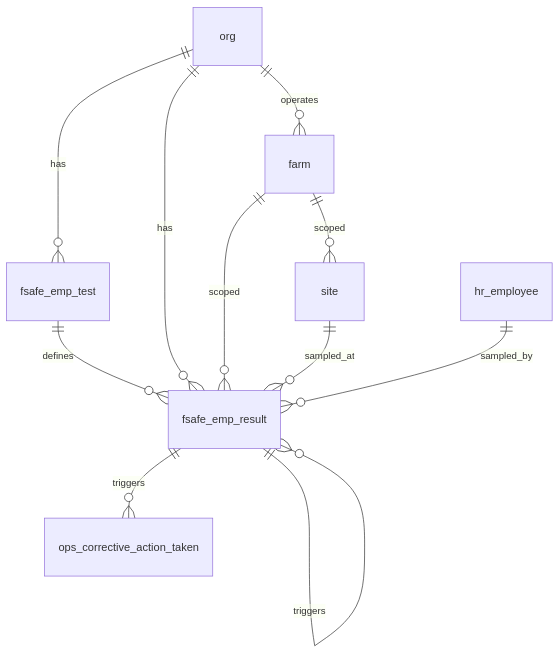
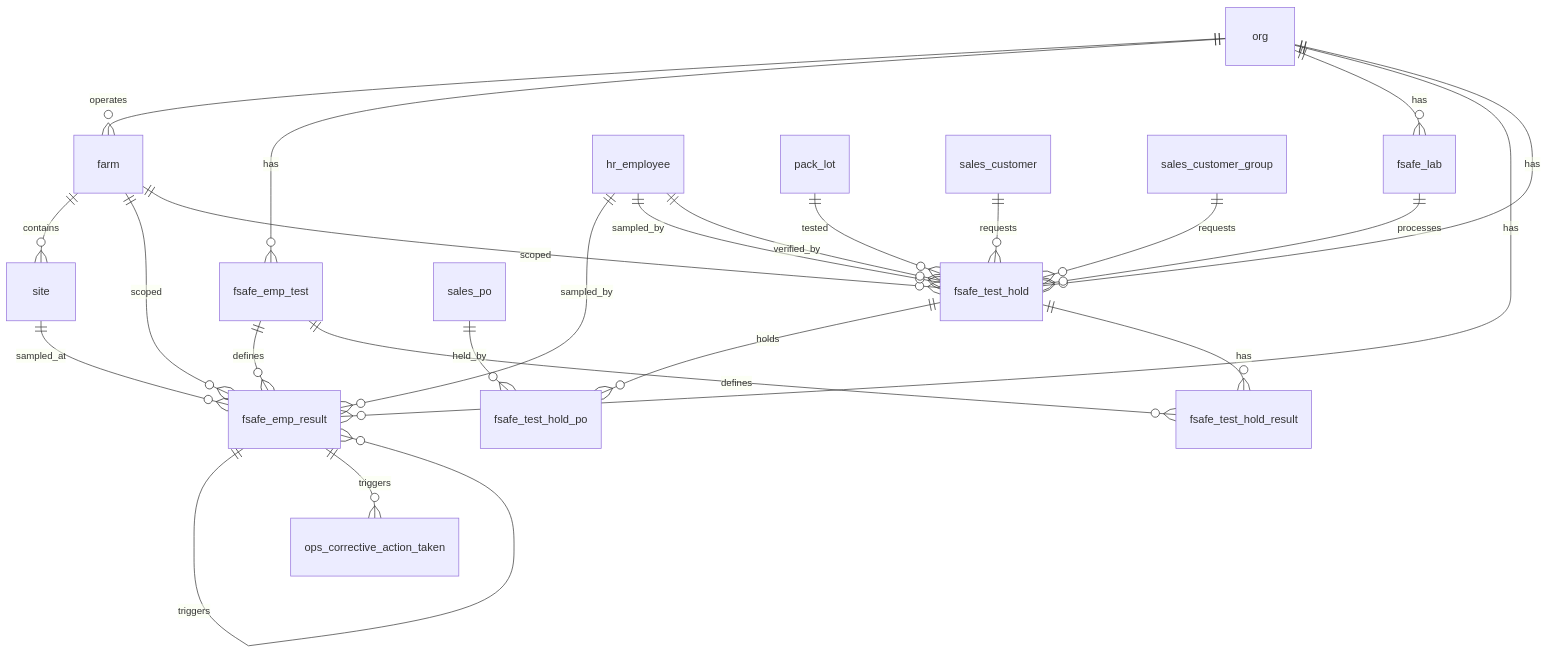
The diagram in docs/schemas/20260319_08_fsafe.md (Hawaii-Farming/aloha-app), drawn with Mermaid before and after one commit. The commit also changed other lines of this file and 9 other files, not shown here.

First line of the commit message:
Add test-and-hold tables to Food Safety, remove redundant fsafe_test_type, fix FOB expansion

````diff
--- a/docs/schemas/20260319_08_fsafe.md
+++ b/docs/schemas/20260319_08_fsafe.md
@@ -9,13 +9,26 @@
 ```mermaid
 erDiagram
     org ||--o{ farm : operates
+    farm ||--o{ site : contains
     org ||--o{ fsafe_emp_test : has
+    org ||--o{ fsafe_lab : has
     fsafe_emp_test ||--o{ fsafe_emp_result : defines
     org ||--o{ fsafe_emp_result : has
     farm ||--o{ fsafe_emp_result : scoped
-    farm ||--o{ site : scoped
     site ||--o{ fsafe_emp_result : sampled_at
     hr_employee ||--o{ fsafe_emp_result : sampled_by
     fsafe_emp_result ||--o{ fsafe_emp_result : triggers
     fsafe_emp_result ||--o{ ops_corrective_action_taken : triggers
+    org ||--o{ fsafe_test_hold : has
+    farm ||--o{ fsafe_test_hold : scoped
+    pack_lot ||--o{ fsafe_test_hold : tested
+    sales_customer ||--o{ fsafe_test_hold : requests
+    sales_customer_group ||--o{ fsafe_test_hold : requests
+    fsafe_lab ||--o{ fsafe_test_hold : processes
+    hr_employee ||--o{ fsafe_test_hold : sampled_by
+    hr_employee ||--o{ fsafe_test_hold : verified_by
+    fsafe_test_hold ||--o{ fsafe_test_hold_po : holds
+    sales_po ||--o{ fsafe_test_hold_po : held_by
+    fsafe_test_hold ||--o{ fsafe_test_hold_result : has
+    fsafe_emp_test ||--o{ fsafe_test_hold_result : defines
 ```
````
